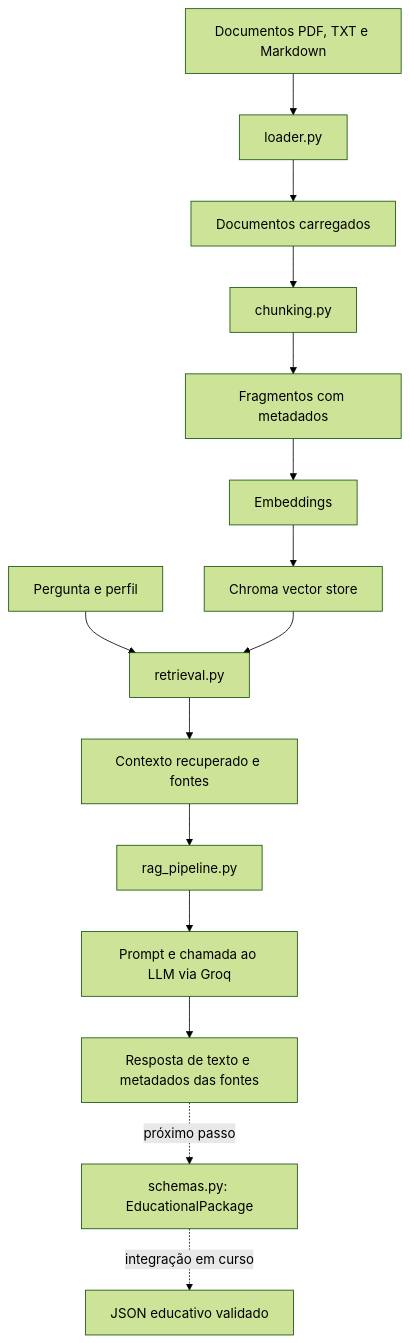
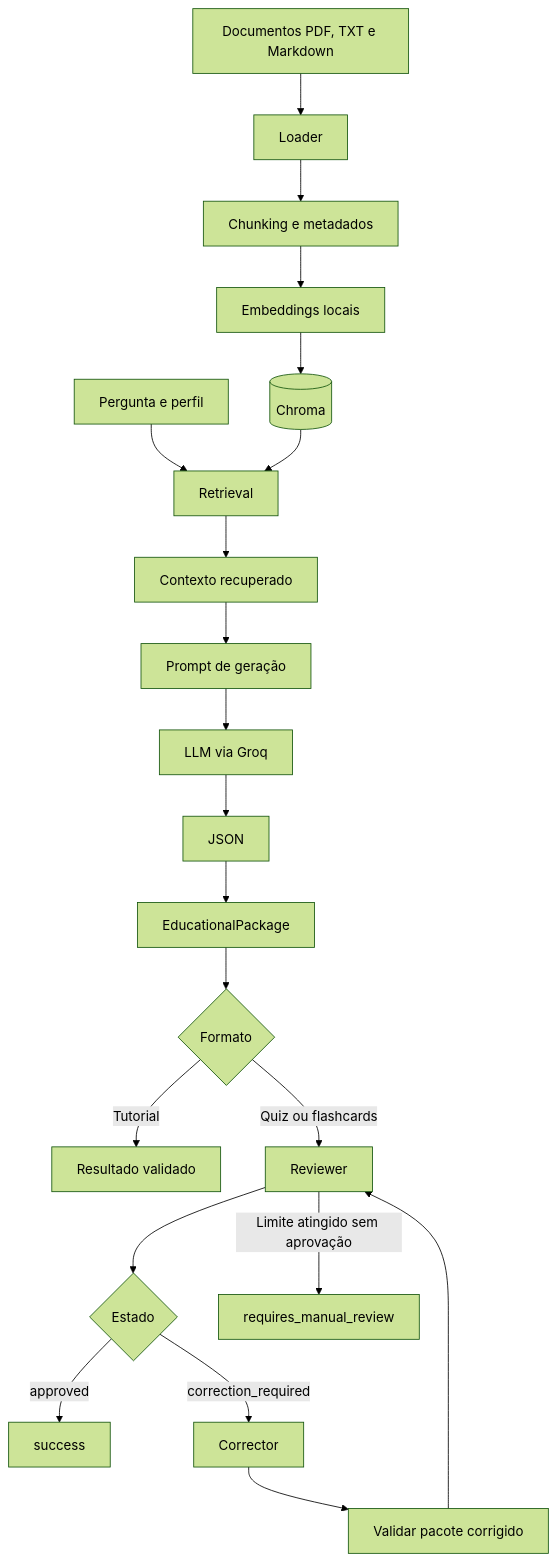
One commit to No-Country-simulation/G10_BRASIL_equipo16_NovaMente changed the diagram in ai_stack/README.md. Above: the diagram before and after it, drawn with Mermaid (forest theme). The commit also changed other lines of this file and 4 other files, not shown here.

````diff
--- a/ai_stack/README.md
+++ b/ai_stack/README.md
@@ -115,19 +114,25 @@
-```mermaid
+``` mermaid
 flowchart TD
-    A[Documentos PDF, TXT e Markdown] --> B[loader.py]
-    B --> C[Documentos carregados]
-    C --> D[chunking.py]
-    D --> E[Fragmentos com metadados]
-    E --> F[Embeddings]
-    F --> G[Chroma vector store]
+    A[Documentos PDF, TXT e Markdown] --> B[Loader]
+    B --> C[Chunking e metadados]
+    C --> D[Embeddings locais]
+    D --> E[(Chroma)]
 
-    H[Pergunta e perfil] --> I[retrieval.py]
-    G --> I
-    I --> J[Contexto recuperado e fontes]
-    J --> K[rag_pipeline.py]
-    K --> L[Prompt e chamada ao LLM via Groq]
-    L --> M[Resposta de texto e metadados das fontes]
+    F[Pergunta e perfil] --> G[Retrieval]
+    E --> G
+    G --> H[Contexto recuperado]
+    H --> I[Prompt de geração]
+    I --> J[LLM via Groq]
+    J --> K[JSON]
+    K --> L[EducationalPackage]
 
-    N[schemas.py: EducationalPackage] -. integração em curso .-> O[JSON educativo validado]
-    M -. próximo passo .-> N
+    L --> M{Formato}
+    M -->|Tutorial| N[Resultado validado]
+    M -->|Quiz ou flashcards| O[Reviewer]
+    O --> P{Estado}
+    P -->|approved| Q[success]
+    P -->|correction_required| R[Corrector]
+    R --> S[Validar pacote corrigido]
+    S --> O
+    O -->|Limite atingido sem aprovação| T[requires_manual_review]
 ```
````
